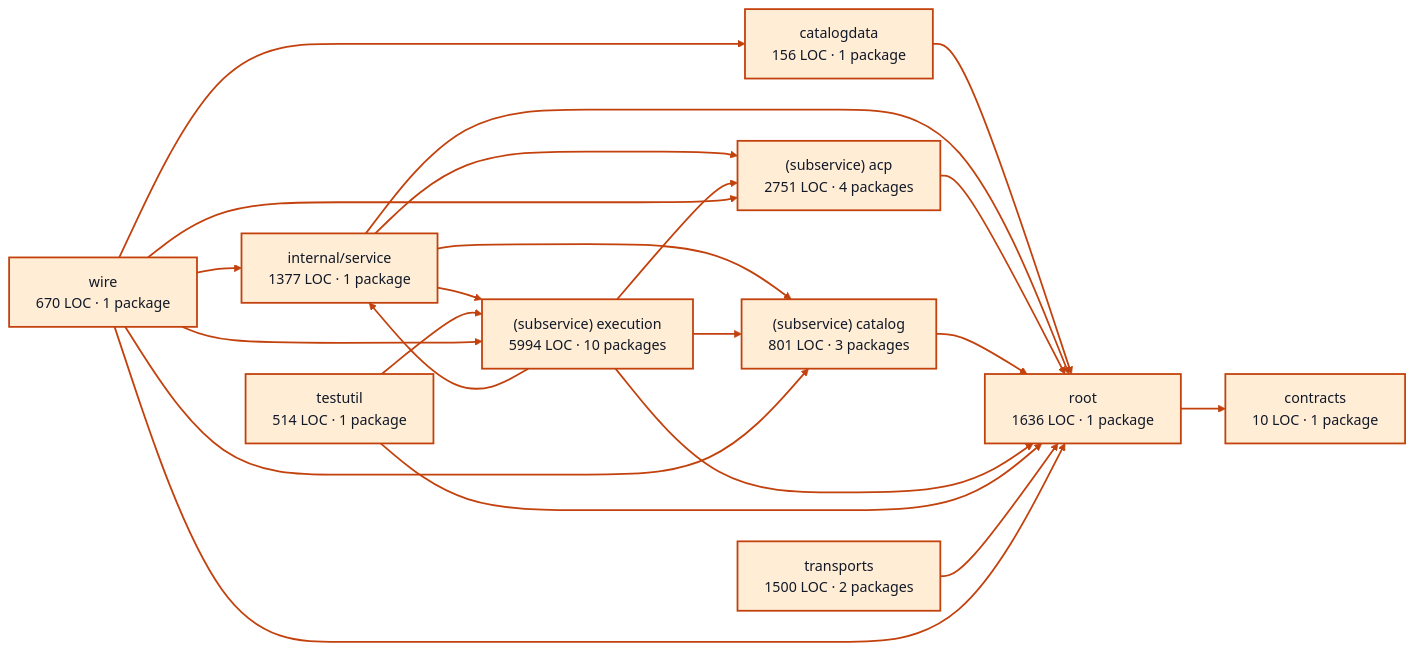
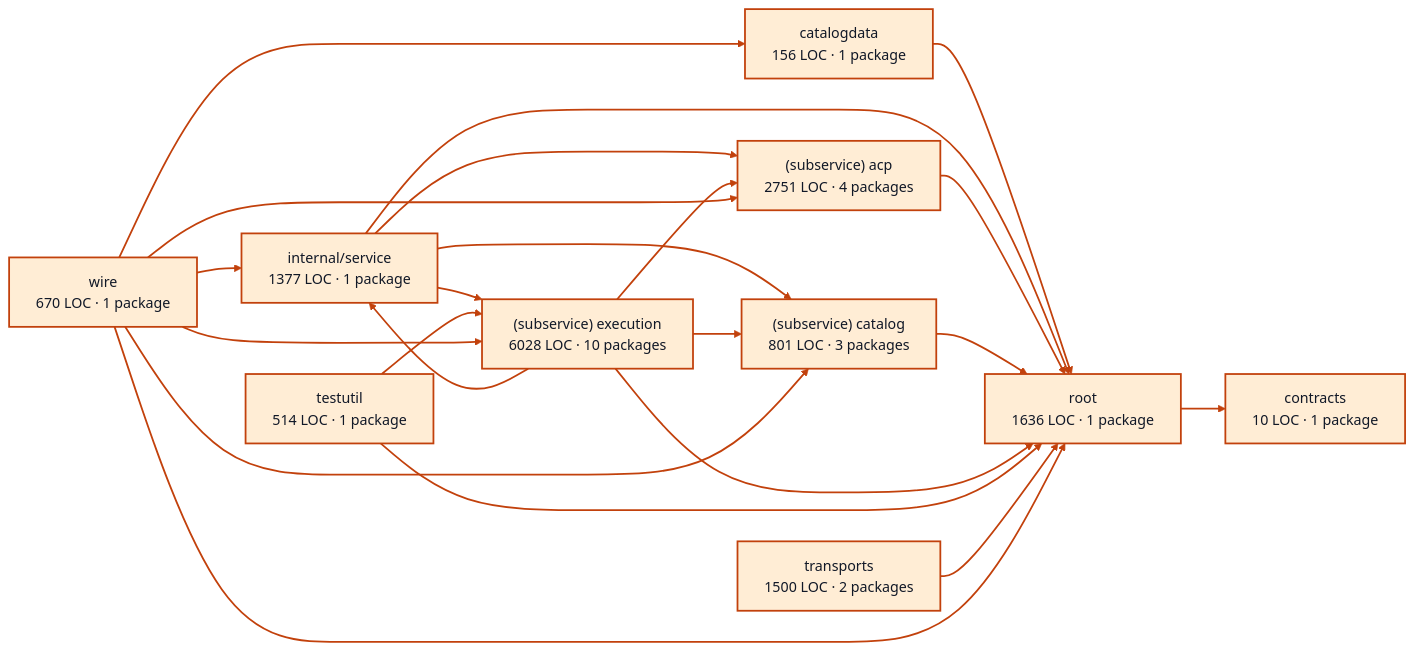
One commit to portpowered/you-agent-factory changed the diagram in docs/architecture/visualizations/services/providers.md. Above: the diagram before and after it, drawn with Mermaid. The commit also changed other lines of this file and 20 other files, not shown here.

Commit message:
docs: refresh backend architecture visualizations

````diff
--- a/docs/architecture/visualizations/services/providers.md
+++ b/docs/architecture/visualizations/services/providers.md
@@ -11,45 +11,45 @@
 ```mermaid
 flowchart LR
   p0["catalogdata<br/>156 LOC · 1 package"]
   p1["contracts<br/>10 LOC · 1 package"]
   p2["internal/service<br/>1377 LOC · 1 package"]
   p3["(subservice) acp<br/>2751 LOC · 4 packages"]
   p4["(subservice) catalog<br/>801 LOC · 3 packages"]
-  p5["(subservice) execution<br/>5994 LOC · 10 packages"]
+  p5["(subservice) execution<br/>6028 LOC · 10 packages"]
   p6["testutil<br/>514 LOC · 1 package"]
   p7["root<br/>1636 LOC · 1 package"]
   p8["transports<br/>1500 LOC · 2 packages"]
   p9["wire<br/>670 LOC · 1 package"]
   p0 --> p7
   p2 --> p3
   p2 --> p4
   p2 --> p5
   p2 --> p7
   p3 --> p7
   p4 --> p7
   p5 --> p2
   p5 --> p3
   p5 --> p4
   p5 --> p7
   p6 --> p5
   p6 --> p7
   p7 --> p1
   p8 --> p7
   p9 --> p0
   p9 --> p2
   p9 --> p3
   p9 --> p4
   p9 --> p5
   p9 --> p7
   style p0 fill:#ffedd5,stroke:#c2410c,stroke-width:2px,color:#111827
   style p1 fill:#ffedd5,stroke:#c2410c,stroke-width:2px,color:#111827
   style p2 fill:#ffedd5,stroke:#c2410c,stroke-width:2px,color:#111827
   style p3 fill:#ffedd5,stroke:#c2410c,stroke-width:2px,color:#111827
   style p4 fill:#ffedd5,stroke:#c2410c,stroke-width:2px,color:#111827
   style p5 fill:#ffedd5,stroke:#c2410c,stroke-width:2px,color:#111827
   style p6 fill:#ffedd5,stroke:#c2410c,stroke-width:2px,color:#111827
   style p7 fill:#ffedd5,stroke:#c2410c,stroke-width:2px,color:#111827
   style p8 fill:#ffedd5,stroke:#c2410c,stroke-width:2px,color:#111827
   style p9 fill:#ffedd5,stroke:#c2410c,stroke-width:2px,color:#111827
   linkStyle default stroke:#c2410c,stroke-width:2px
 ```
````
